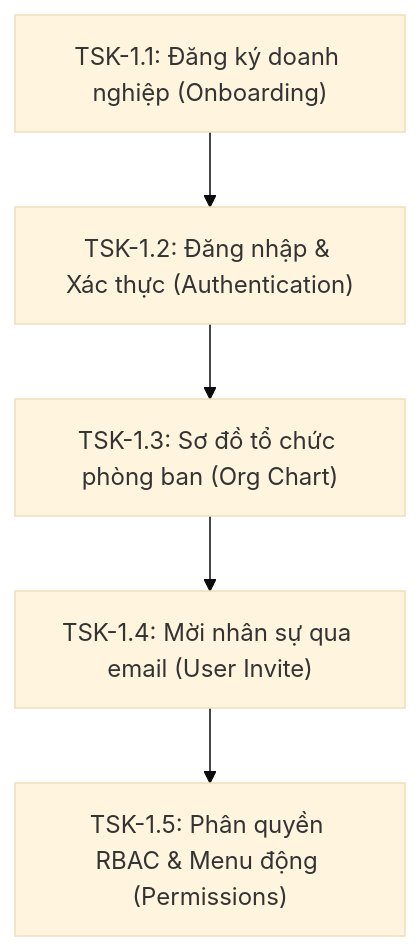
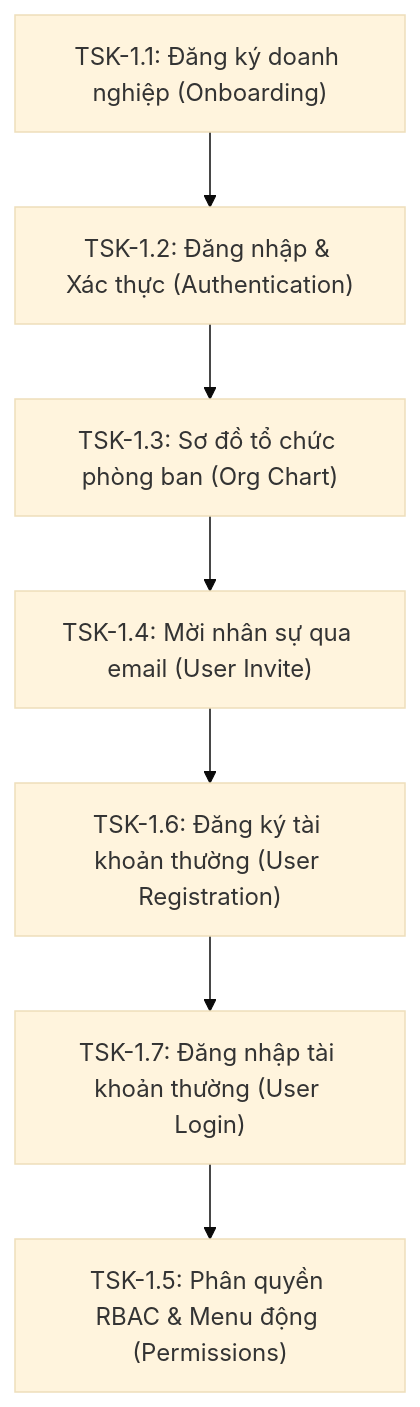
The diagram in docs/05_project_management/sprint_1/README.md (min3rd/open-erp), drawn with Mermaid (base theme) before and after one commit. The commit also changed other lines of this file and 4 other files, not shown here.

Commit message:
docs: reorganize sprint documentation directories and add technical specifications for user registration and login tasks

````diff
--- a/docs/05_project_management/sprint_1/README.md
+++ b/docs/05_project_management/sprint_1/README.md
@@ -46,8 +48,10 @@
 ```mermaid
 flowchart TD
     TSK11["TSK-1.1: Đăng ký doanh nghiệp (Onboarding)"] 
     --> TSK12["TSK-1.2: Đăng nhập & Xác thực (Authentication)"]
     --> TSK13["TSK-1.3: Sơ đồ tổ chức phòng ban (Org Chart)"]
     --> TSK14["TSK-1.4: Mời nhân sự qua email (User Invite)"]
+    --> TSK16["TSK-1.6: Đăng ký tài khoản thường (User Registration)"]
+    --> TSK17["TSK-1.7: Đăng nhập tài khoản thường (User Login)"]
     --> TSK15["TSK-1.5: Phân quyền RBAC & Menu động (Permissions)"]
 ```
````
